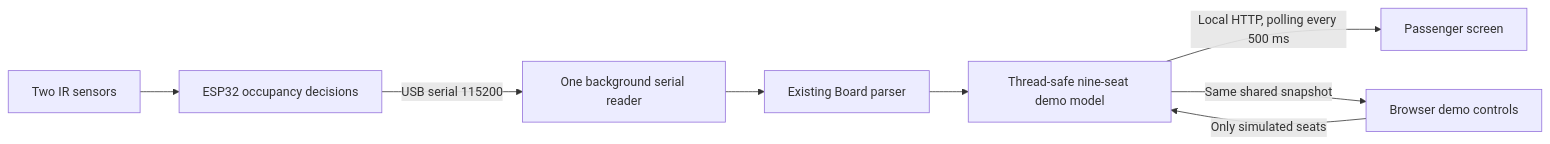
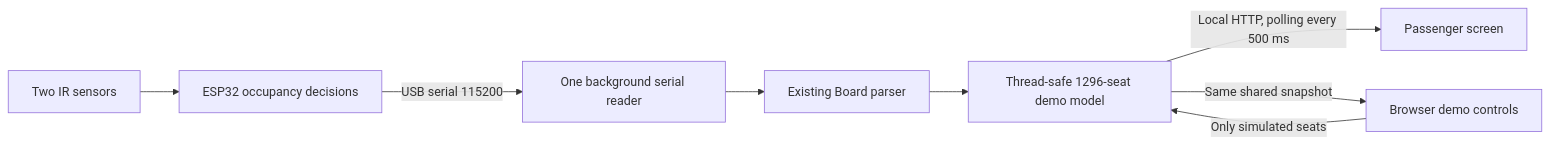
Before and after one commit to abedazem13/SmartRail: the diagram in Documentation/17_HYBRID_DASHBOARD.md, drawn with Mermaid. The commit also changed other lines of this file and 9 other files, not shown here.

````diff
--- a/Documentation/17_HYBRID_DASHBOARD.md
+++ b/Documentation/17_HYBRID_DASHBOARD.md
@@ -60,10 +60,10 @@
 ```mermaid
 flowchart LR
     Sensors[Two IR sensors] --> Firmware[ESP32 occupancy decisions]
     Firmware -->|USB serial 115200| Reader[One background serial reader]
     Reader --> Parser[Existing Board parser]
-    Parser --> Model[Thread-safe nine-seat demo model]
+    Parser --> Model[Thread-safe 1296-seat demo model]
     Controls[Browser demo controls] -->|Only simulated seats| Model
     Model -->|Local HTTP, polling every 500 ms| Passenger[Passenger screen]
     Model -->|Same shared snapshot| Controls
 ```
````
